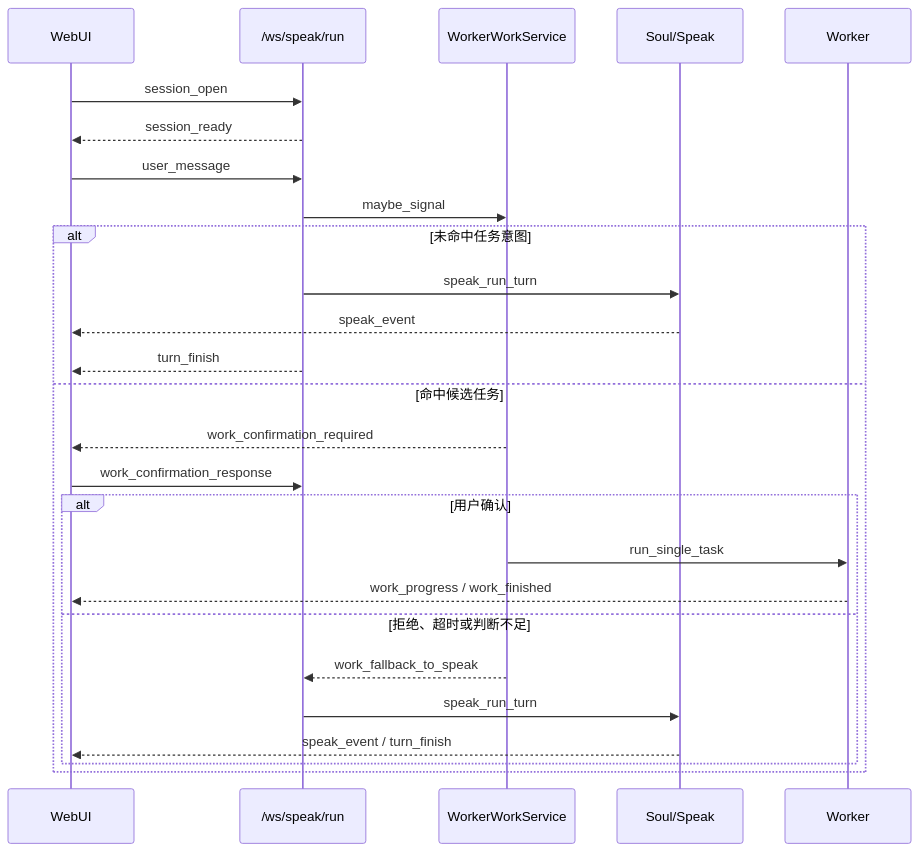
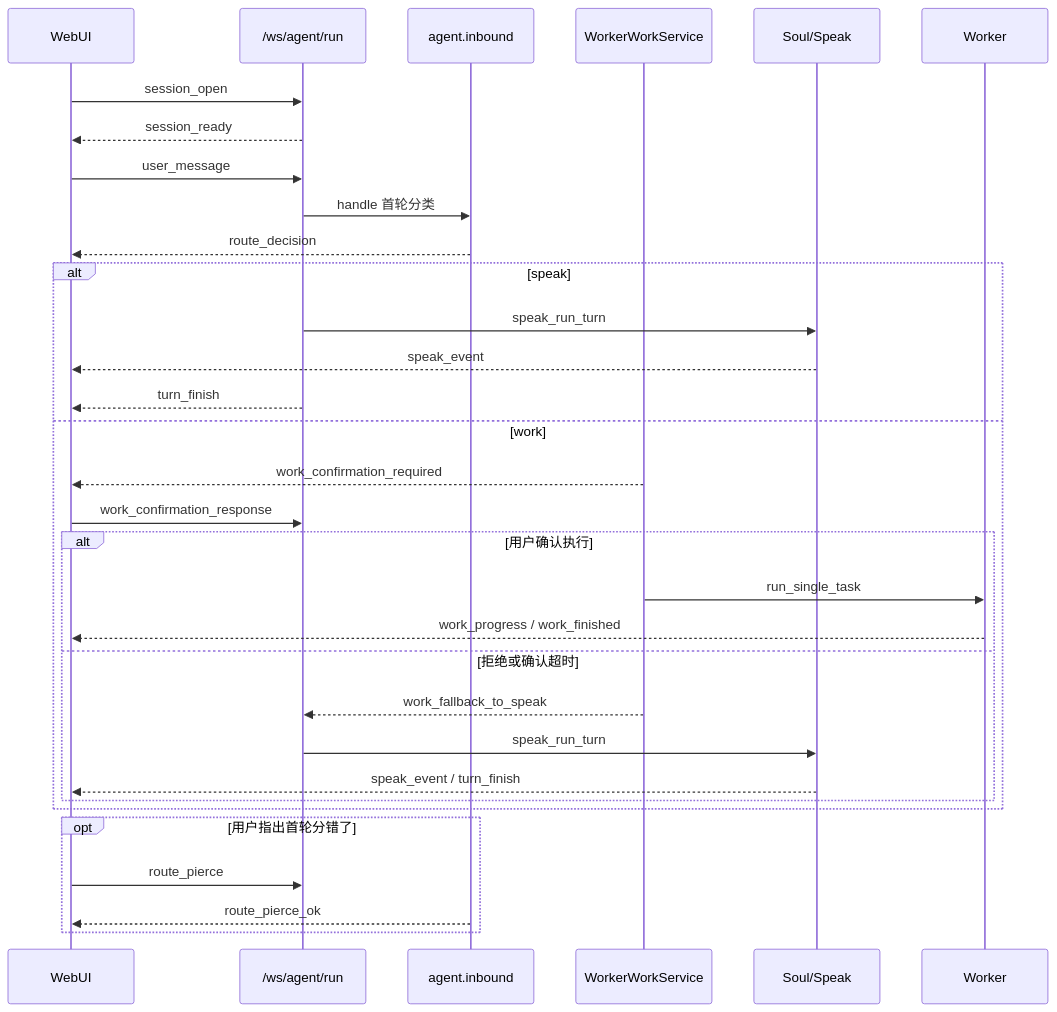
Before and after one commit to SunsettiaSama/Animus: the second of 2 diagrams in docs/README.md, drawn with Mermaid. The commit also changed other lines of this file and 251 other files, not shown here.

````diff
--- a/docs/README.md
+++ b/docs/README.md
@@ -53,29 +57,35 @@
 ```mermaid
 sequenceDiagram
     participant UI as WebUI
-    participant WS as /ws/speak/run
+    participant WS as /ws/agent/run
+    participant IR as agent.inbound
     participant WW as WorkerWorkService
     participant S as Soul/Speak
     participant W as Worker
 
     UI->>WS: session_open
     WS-->>UI: session_ready
     UI->>WS: user_message
-    WS->>WW: maybe_signal
-    alt 未命中任务意图
+    WS->>IR: handle 首轮分类
+    IR-->>UI: route_decision
+    alt speak
         WS->>S: speak_run_turn
         S-->>UI: speak_event
         WS-->>UI: turn_finish
-    else 命中候选任务
+    else work
         WW-->>UI: work_confirmation_required
         UI->>WS: work_confirmation_response
-        alt 用户确认
+        alt 用户确认执行
             WW->>W: run_single_task
             W-->>UI: work_progress / work_finished
-        else 拒绝、超时或判断不足
+        else 拒绝或确认超时
             WW-->>WS: work_fallback_to_speak
             WS->>S: speak_run_turn
             S-->>UI: speak_event / turn_finish
         end
     end
+    opt 用户指出首轮分错了
+        UI->>WS: route_pierce
+        IR-->>UI: route_pierce_ok
+    end
 ```
````
